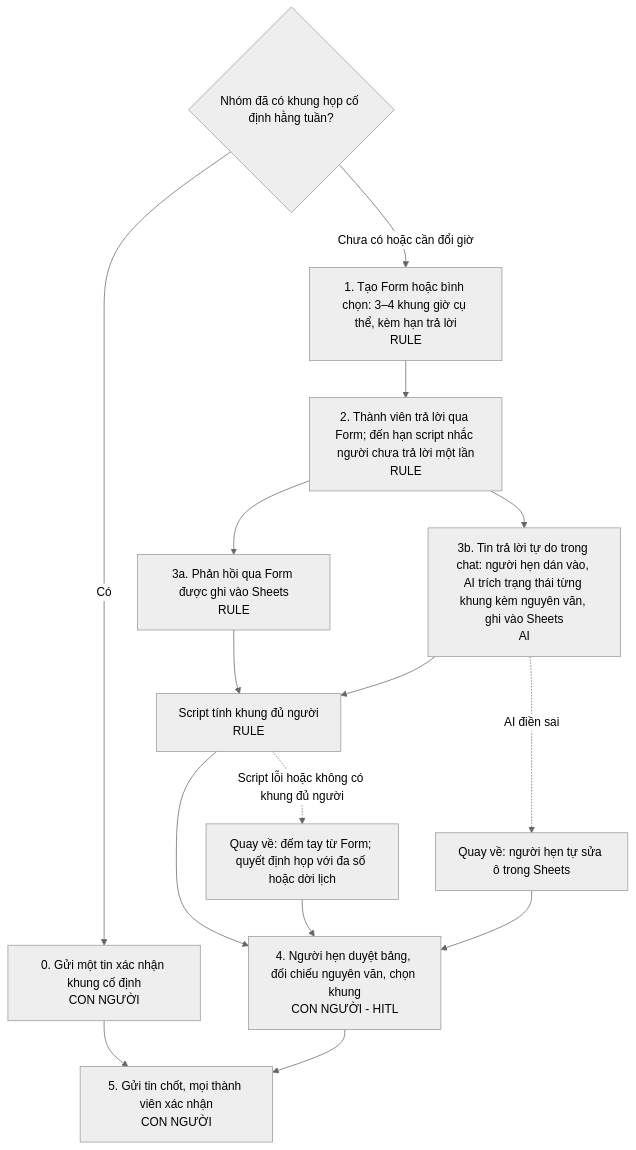
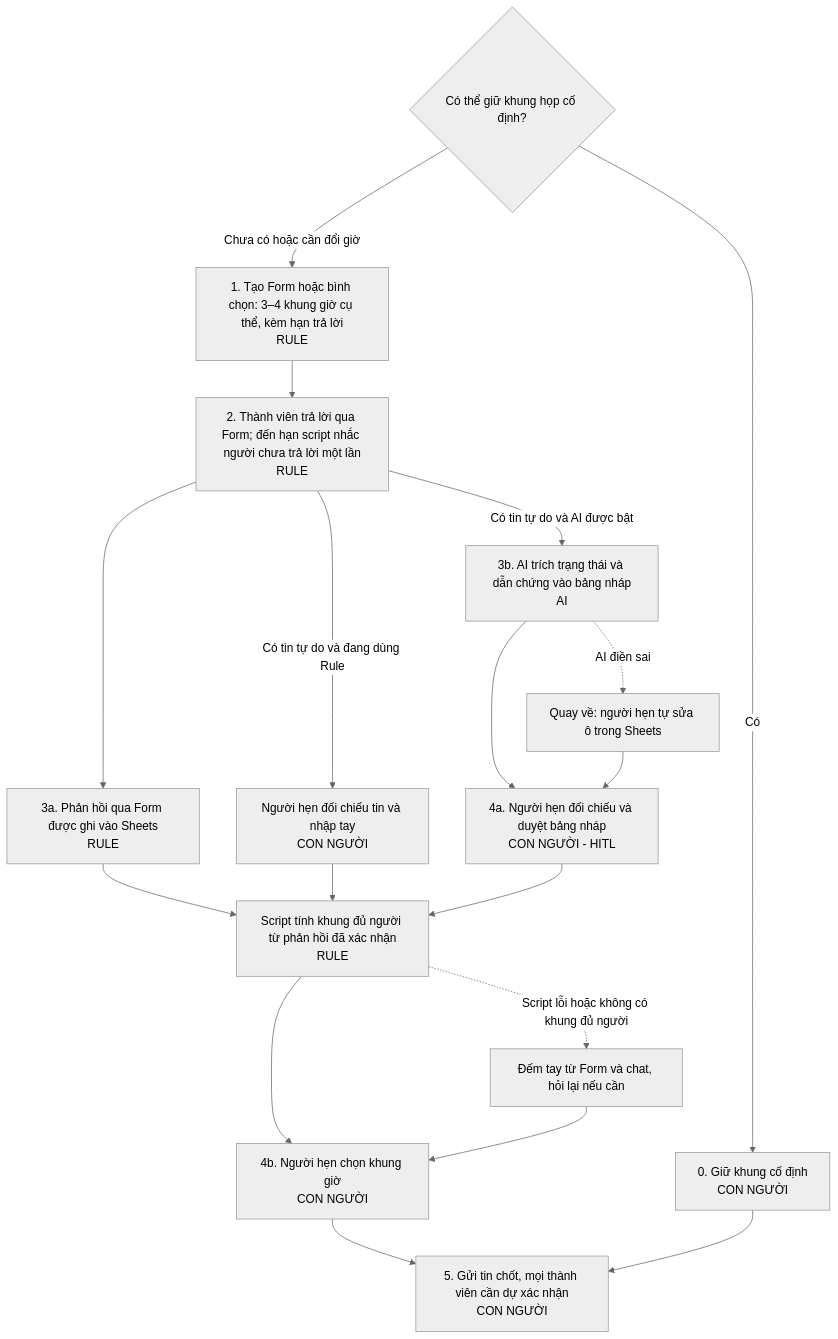
Before and after one commit to duyhale95/K5-L3B-DAY02-UIT-DiscoveryProblemFraming: the diagram in report/assets/cp5-workflow-future.mmd, drawn with Mermaid (neutral theme). The commit also changed 5 other files, not shown here.

```diff
--- a/report/assets/cp5-workflow-future.mmd
+++ b/report/assets/cp5-workflow-future.mmd
@@ -1,16 +1,19 @@
 flowchart TD
-  F0{"Nhóm đã có khung họp cố định hằng tuần?"}
-  F0 -->|"Có"| F6["0. Gửi một tin xác nhận khung cố định<br/>CON NGƯỜI"]
+  F0{"Có thể giữ khung họp cố định?"}
+  F0 -->|"Có"| F6["0. Giữ khung cố định<br/>CON NGƯỜI"]
   F0 -->|"Chưa có hoặc cần đổi giờ"| F1["1. Tạo Form hoặc bình chọn: 3–4 khung giờ cụ thể, kèm hạn trả lời<br/>RULE"]
   F1 --> F2["2. Thành viên trả lời qua Form; đến hạn script nhắc người chưa trả lời một lần<br/>RULE"]
   F2 --> F3a["3a. Phản hồi qua Form được ghi vào Sheets<br/>RULE"]
-  F2 --> F3b["3b. Tin trả lời tự do trong chat: người hẹn dán vào, AI trích trạng thái từng khung kèm nguyên văn, ghi vào Sheets<br/>AI"]
-  F3a --> F3c["Script tính khung đủ người<br/>RULE"]
-  F3b --> F3c
-  F3c --> F4["4. Người hẹn duyệt bảng, đối chiếu nguyên văn, chọn khung<br/>CON NGƯỜI - HITL"]
-  F4 --> F5["5. Gửi tin chốt, mọi thành viên xác nhận<br/>CON NGƯỜI"]
+  F2 -->|"Có tin tự do và AI được bật"| F3b["3b. AI trích trạng thái và dẫn chứng vào bảng nháp<br/>AI"]
+  F2 -->|"Có tin tự do và đang dùng Rule"| F3m["Người hẹn đối chiếu tin và nhập tay<br/>CON NGƯỜI"]
+  F3b --> F4["4a. Người hẹn đối chiếu và duyệt bảng nháp<br/>CON NGƯỜI - HITL"]
+  F3a --> F3c["Script tính khung đủ người từ phản hồi đã xác nhận<br/>RULE"]
+  F3m --> F3c
+  F4 --> F3c
+  F3c --> F4b["4b. Người hẹn chọn khung giờ<br/>CON NGƯỜI"]
+  F4b --> F5["5. Gửi tin chốt, mọi thành viên cần dự xác nhận<br/>CON NGƯỜI"]
   F6 --> F5
   F3b -.->|"AI điền sai"| R1["Quay về: người hẹn tự sửa ô trong Sheets"]
-  F3c -.->|"Script lỗi hoặc không có khung đủ người"| R2["Quay về: đếm tay từ Form; quyết định họp với đa số hoặc dời lịch"]
+  F3c -.->|"Script lỗi hoặc không có khung đủ người"| R2["Đếm tay từ Form và chat, hỏi lại nếu cần"]
   R1 --> F4
-  R2 --> F4
+  R2 --> F4b
```
